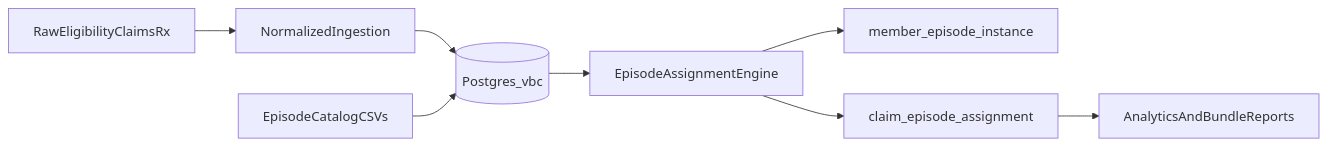
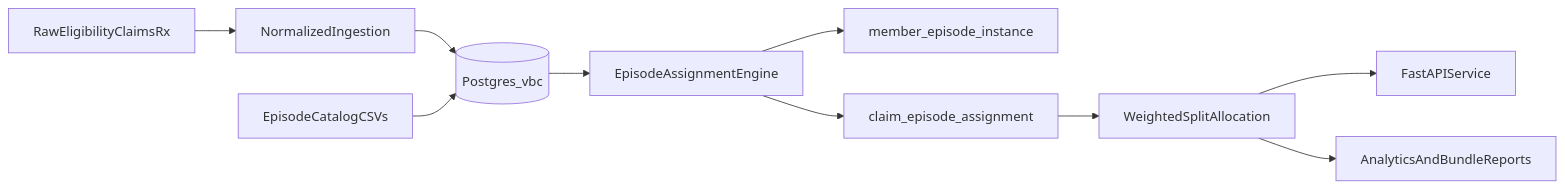
Before and after one commit to amolkodan/value-based-care-bundled-treatment-engine: the diagram in docs/architecture.md, drawn with Mermaid. The commit also changed other lines of this file and 15 other files, not shown here.

First line of the commit message:
Expand weighted bundle allocation and API scaffolding.

````diff
--- a/docs/architecture.md
+++ b/docs/architecture.md
@@ -19,10 +20,12 @@
 ```mermaid
 flowchart LR
   rawFiles[RawEligibilityClaimsRx] --> ingest[NormalizedIngestion]
   ingest --> pg[(Postgres_vbc)]
   catalog[EpisodeCatalogCSVs] --> pg
   pg --> engine[EpisodeAssignmentEngine]
   engine --> instances[member_episode_instance]
   engine --> assigns[claim_episode_assignment]
-  assigns --> reports[AnalyticsAndBundleReports]
+  assigns --> split[WeightedSplitAllocation]
+  split --> api[FastAPIService]
+  split --> reports[AnalyticsAndBundleReports]
 ```
````
